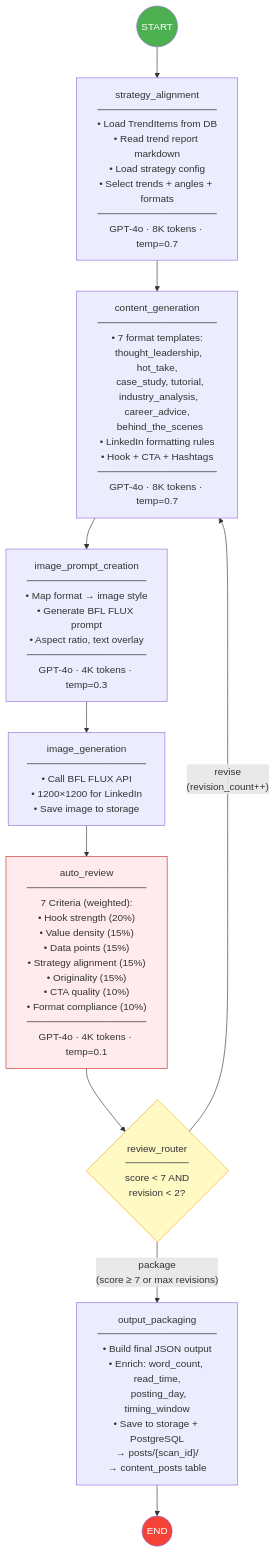
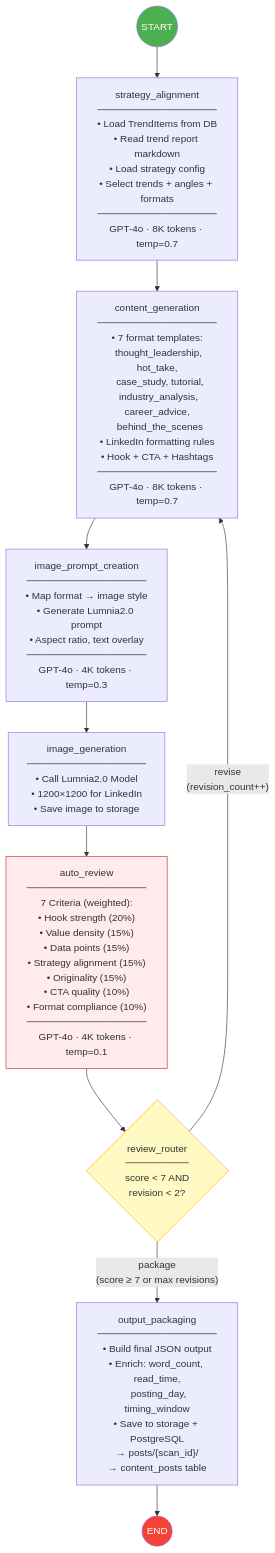
One commit to minhduc59/marketing-content_create-multi_agent changed the third of 10 diagrams in docs/architecture-diagrams.md. Above: the diagram before and after it, drawn with Mermaid. The commit also changed other lines of this file and 77 other files, not shown here.

````diff
--- a/docs/architecture-diagrams.md
+++ b/docs/architecture-diagrams.md
@@ -111,28 +111,28 @@
 ```mermaid
 graph TD
     START((START)) --> STRATEGY
 
     STRATEGY["strategy_alignment<br/>─────────────────<br/>• Load TrendItems from DB<br/>• Read trend report markdown<br/>• Load strategy config<br/>• Select trends + angles + formats<br/>─────────────────<br/>GPT-4o · 8K tokens · temp=0.7"]
 
     STRATEGY --> CONTENT["content_generation<br/>─────────────────<br/>• 7 format templates:<br/>  thought_leadership, hot_take,<br/>  case_study, tutorial,<br/>  industry_analysis, career_advice,<br/>  behind_the_scenes<br/>• LinkedIn formatting rules<br/>• Hook + CTA + Hashtags<br/>─────────────────<br/>GPT-4o · 8K tokens · temp=0.7"]
 
-    CONTENT --> IMG_PROMPT["image_prompt_creation<br/>─────────────────<br/>• Map format → image style<br/>• Generate BFL FLUX prompt<br/>• Aspect ratio, text overlay<br/>─────────────────<br/>GPT-4o · 4K tokens · temp=0.3"]
+    CONTENT --> IMG_PROMPT["image_prompt_creation<br/>─────────────────<br/>• Map format → image style<br/>• Generate Lumnia2.0 prompt<br/>• Aspect ratio, text overlay<br/>─────────────────<br/>GPT-4o · 4K tokens · temp=0.3"]
 
-    IMG_PROMPT --> IMG_GEN["image_generation<br/>─────────────────<br/>• Call BFL FLUX API<br/>• 1200×1200 for LinkedIn<br/>• Save image to storage"]
+    IMG_PROMPT --> IMG_GEN["image_generation<br/>─────────────────<br/>• Call Lumnia2.0 Model<br/>• 1200×1200 for LinkedIn<br/>• Save image to storage"]
 
     IMG_GEN --> REVIEW["auto_review<br/>─────────────────<br/>7 Criteria (weighted):<br/>• Hook strength (20%)<br/>• Value density (15%)<br/>• Data points (15%)<br/>• Strategy alignment (15%)<br/>• Originality (15%)<br/>• CTA quality (10%)<br/>• Format compliance (10%)<br/>─────────────────<br/>GPT-4o · 4K tokens · temp=0.1"]
 
     REVIEW --> ROUTER{review_router<br/>─────────<br/>score < 7 AND<br/>revision < 2?}
 
     ROUTER -->|"revise<br/>(revision_count++)"| CONTENT
     ROUTER -->|"package<br/>(score ≥ 7 or max revisions)"| OUTPUT
 
     OUTPUT["output_packaging<br/>─────────────────<br/>• Build final JSON output<br/>• Enrich: word_count, read_time,<br/>  posting_day, timing_window<br/>• Save to storage + PostgreSQL<br/>→ posts/{scan_id}/<br/>→ content_posts table"]
 
     OUTPUT --> END_NODE((END))
 
     style START fill:#4caf50,color:#fff
     style END_NODE fill:#f44336,color:#fff
     style ROUTER fill:#fff9c4,stroke:#f9a825
     style REVIEW fill:#ffebee,stroke:#c62828
 ```
````
